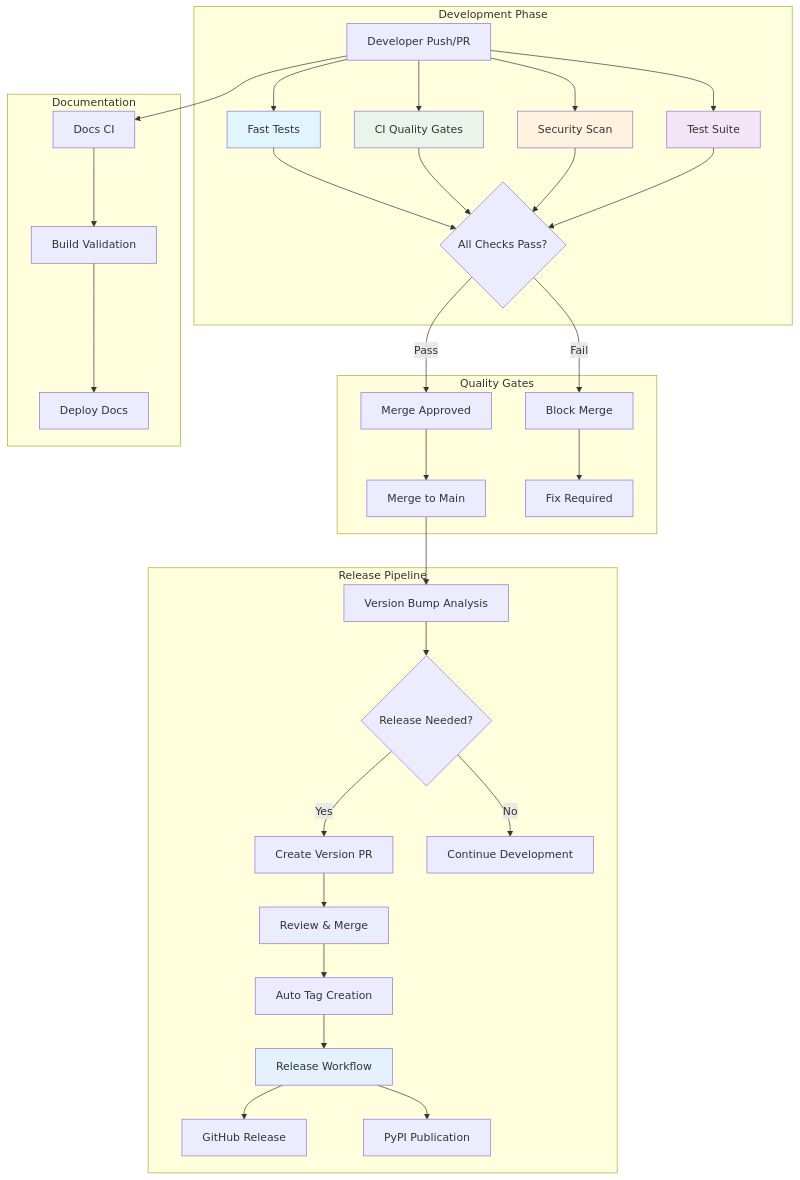
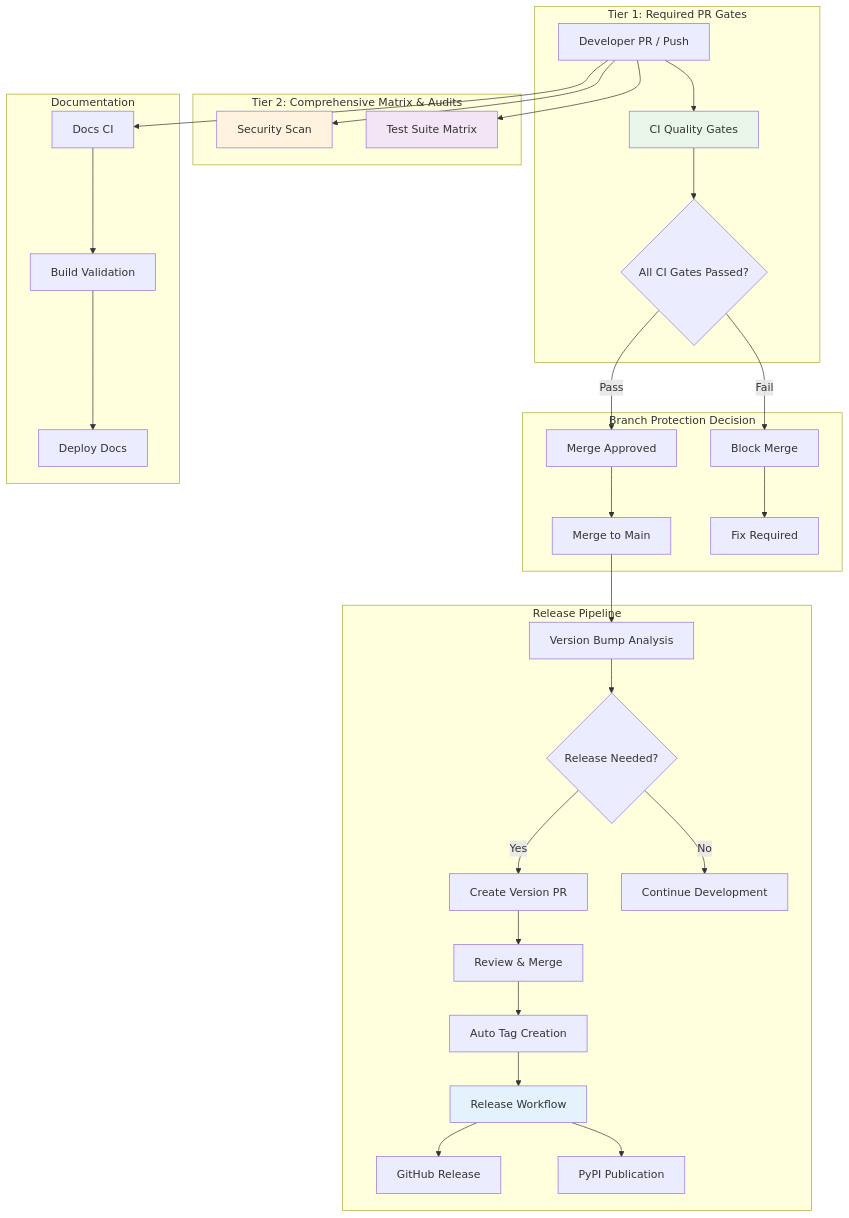
The first of 9 diagrams in docs/development/ci-cd-architecture.md (trsdn/markitdown-mcp), drawn with Mermaid before and after one commit. The commit also changed other lines of this file and 4 other files, not shown here.

````diff
--- a/docs/development/ci-cd-architecture.md
+++ b/docs/development/ci-cd-architecture.md
@@ -7,47 +7,44 @@
 ```mermaid
 graph TB
-    subgraph "Development Phase"
-        A[Developer Push/PR] --> B[Fast Tests]
-        A --> C[CI Quality Gates]
-        A --> D[Security Scan]
-        A --> E[Test Suite]
-
-        B --> F{All Checks Pass?}
-        C --> F
-        D --> F
-        E --> F
+    subgraph "Tier 1: Required PR Gates"
+        A[Developer PR / Push] --> C[CI Quality Gates]
+        C --> F{All CI Gates Passed?}
     end
 
-    subgraph "Quality Gates"
+    subgraph "Tier 2: Comprehensive Matrix & Audits"
+        A --> D[Security Scan]
+        A --> E[Test Suite Matrix]
+    end
+
+    subgraph "Branch Protection Decision"
         F -->|Pass| G[Merge Approved]
         F -->|Fail| H[Block Merge]
 
         G --> I[Merge to Main]
         H --> J[Fix Required]
     end
 
     subgraph "Release Pipeline"
         I --> K[Version Bump Analysis]
         K --> L{Release Needed?}
         L -->|Yes| M[Create Version PR]
         L -->|No| N[Continue Development]
 
         M --> O[Review & Merge]
         O --> P[Auto Tag Creation]
         P --> Q[Release Workflow]
         Q --> R[GitHub Release]
         Q --> S[PyPI Publication]
     end
 
     subgraph "Documentation"
         A --> T[Docs CI]
         T --> U[Build Validation]
         U --> V[Deploy Docs]
     end
 
-    style B fill:#e1f5fe
     style C fill:#e8f5e8
     style D fill:#fff3e0
     style E fill:#f3e5f5
     style Q fill:#e3f2fd
 ```
````
